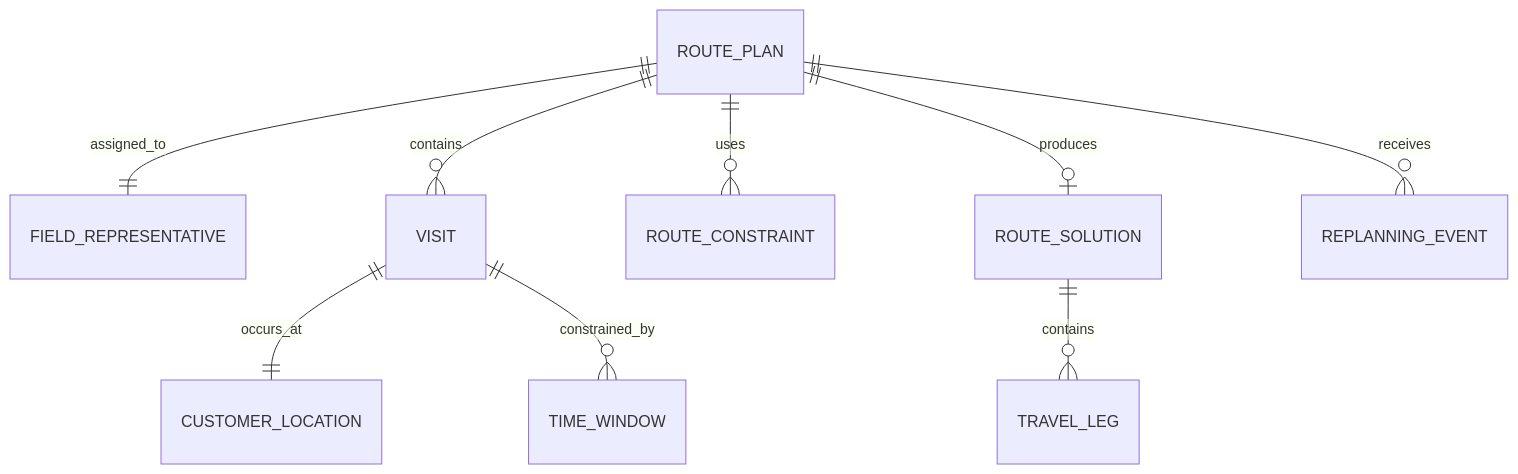
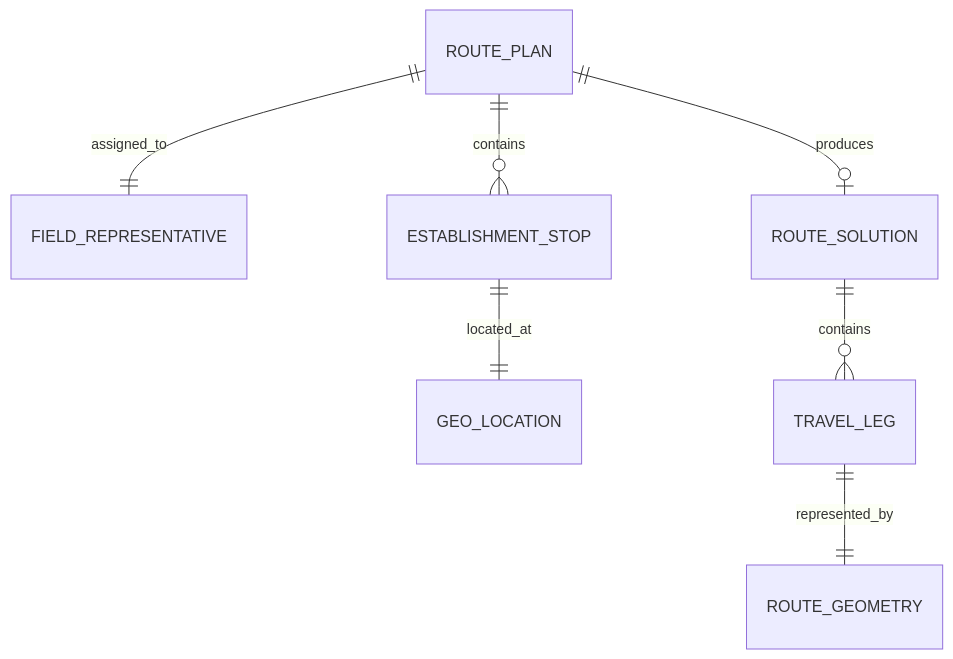
Before and after one commit to sales-force-pb/melhor-abordagem: the diagram in roteiro-inteligente/docs/04-DOMAIN-MODEL.md, drawn with Mermaid. The commit also changed other lines of this file, not shown here.

Commit message:
docs: simplify route domain model

````diff
--- a/roteiro-inteligente/docs/04-DOMAIN-MODEL.md
+++ b/roteiro-inteligente/docs/04-DOMAIN-MODEL.md
@@ -17,11 +15,9 @@
 ```mermaid
 erDiagram
     ROUTE_PLAN ||--|| FIELD_REPRESENTATIVE : assigned_to
-    ROUTE_PLAN ||--o{ VISIT : contains
-    VISIT ||--|| CUSTOMER_LOCATION : occurs_at
-    VISIT ||--o{ TIME_WINDOW : constrained_by
-    ROUTE_PLAN ||--o{ ROUTE_CONSTRAINT : uses
+    ROUTE_PLAN ||--o{ ESTABLISHMENT_STOP : contains
+    ESTABLISHMENT_STOP ||--|| GEO_LOCATION : located_at
     ROUTE_PLAN ||--o| ROUTE_SOLUTION : produces
     ROUTE_SOLUTION ||--o{ TRAVEL_LEG : contains
-    ROUTE_PLAN ||--o{ REPLANNING_EVENT : receives
+    TRAVEL_LEG ||--|| ROUTE_GEOMETRY : represented_by
 ```
````
